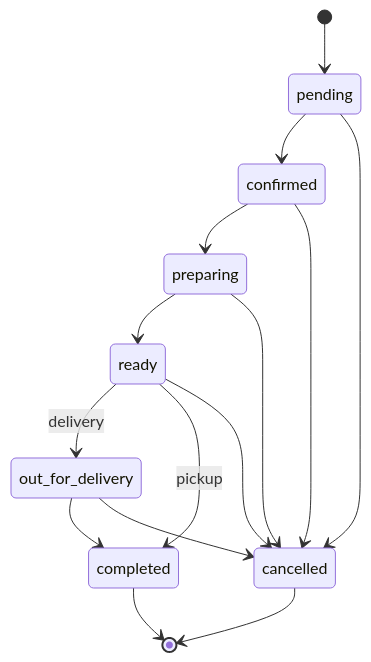
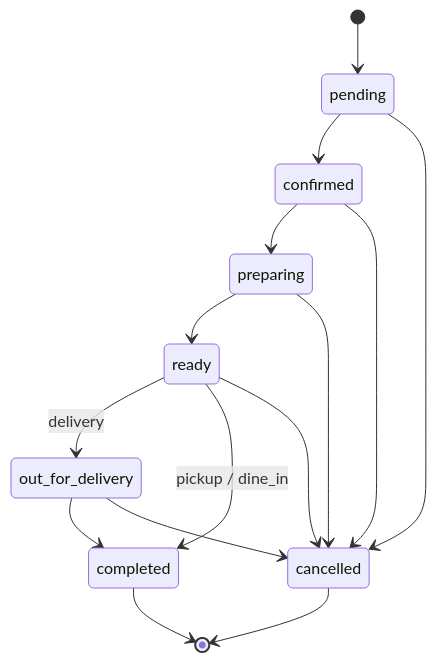
Before and after one commit to duillo06/vendas_frontend: the fifth of 6 diagrams in docs/08-regras-de-negocio.md, drawn with Mermaid. The commit also changed other lines of this file and 41 other files, not shown here.

````diff
--- a/docs/08-regras-de-negocio.md
+++ b/docs/08-regras-de-negocio.md
@@ -436,17 +444,17 @@
 ```mermaid
 stateDiagram-v2
     [*] --> pending
     pending --> confirmed
     pending --> cancelled
     confirmed --> preparing
     confirmed --> cancelled
     preparing --> ready
     preparing --> cancelled
     ready --> out_for_delivery: delivery
-    ready --> completed: pickup
+    ready --> completed: pickup / dine_in
     ready --> cancelled
     out_for_delivery --> completed
     out_for_delivery --> cancelled
     completed --> [*]
     cancelled --> [*]
 ```
````
